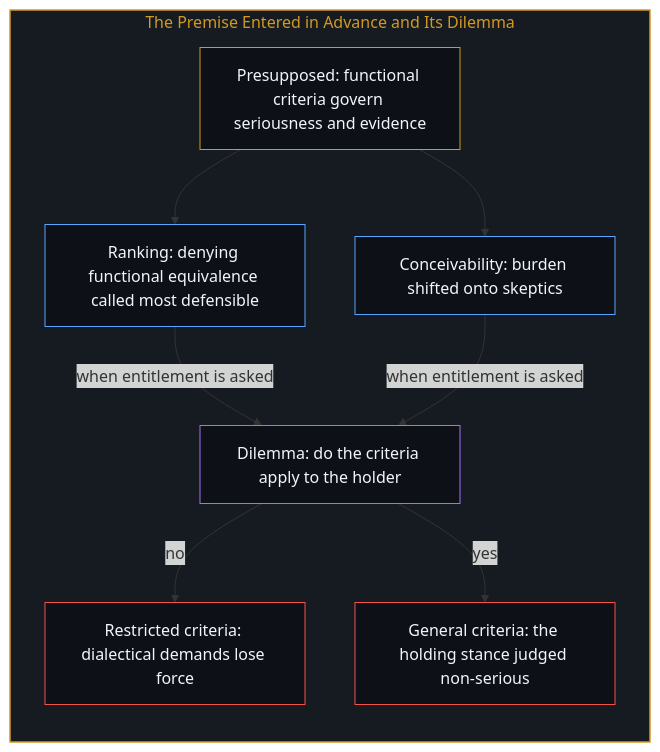
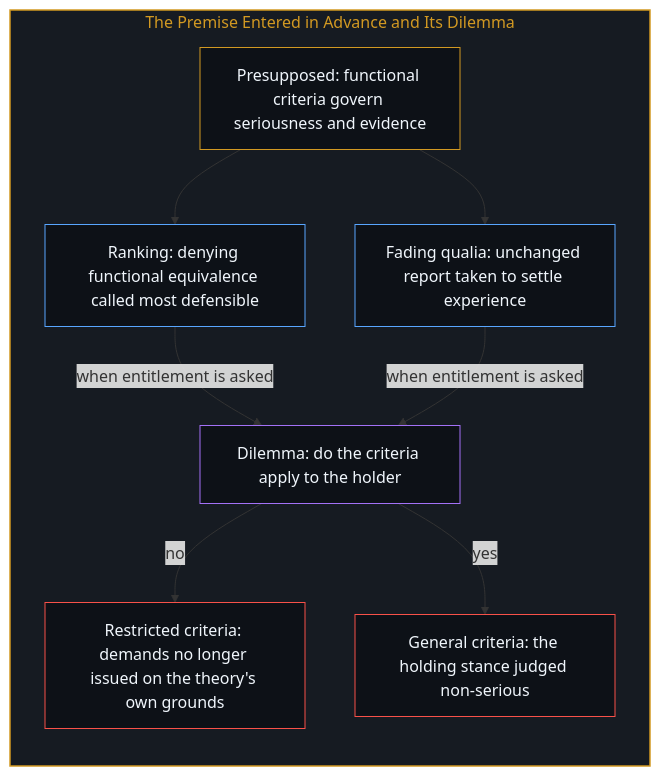
The fourth of 6 diagrams in content/posts/the-functionalism-no-functionalist-can-hold.md (powerpig99/not-a-toe), drawn with Mermaid before and after one commit. The commit also changed other lines of this file and 14 other files, not shown here.

````diff
--- a/content/posts/the-functionalism-no-functionalist-can-hold.md
+++ b/content/posts/the-functionalism-no-functionalist-can-hold.md
@@ -102,26 +104,26 @@
 ```mermaid
 flowchart TD
     subgraph S_PREMISE_EN ["The Premise Entered in Advance and Its Dilemma"]
         direction TB
         style S_PREMISE_EN fill:#161b22,stroke:#d29922,stroke-width:1.5px,color:#d29922
         Assert["Presupposed: functional criteria govern seriousness and evidence"]
         Rank["Ranking: denying functional equivalence called most defensible"]
-        Shift["Conceivability: burden shifted onto skeptics"]
+        Shift["Fading qualia: unchanged report taken to settle experience"]
         Fork["Dilemma: do the criteria apply to the holder"]
-        Narrow["Restricted criteria: dialectical demands lose force"]
+        Narrow["Restricted criteria: demands no longer issued on the theory's own grounds"]
         General["General criteria: the holding stance judged non-serious"]
         style Assert fill:#0d1117,stroke:#d29922,stroke-width:1px,color:#f0f6fc
         style Rank fill:#0d1117,stroke:#58a6ff,stroke-width:1px,color:#f0f6fc
         style Shift fill:#0d1117,stroke:#58a6ff,stroke-width:1px,color:#f0f6fc
         style Fork fill:#0d1117,stroke:#a371f7,stroke-width:1px,color:#f0f6fc
         style Narrow fill:#0d1117,stroke:#f85149,stroke-width:1px,color:#f0f6fc
         style General fill:#0d1117,stroke:#f85149,stroke-width:1px,color:#f0f6fc
     end
 
     Assert --> Rank
     Assert --> Shift
     Rank -->|"when entitlement is asked"| Fork
     Shift -->|"when entitlement is asked"| Fork
     Fork -->|"no"| Narrow
     Fork -->|"yes"| General
 ```
````
